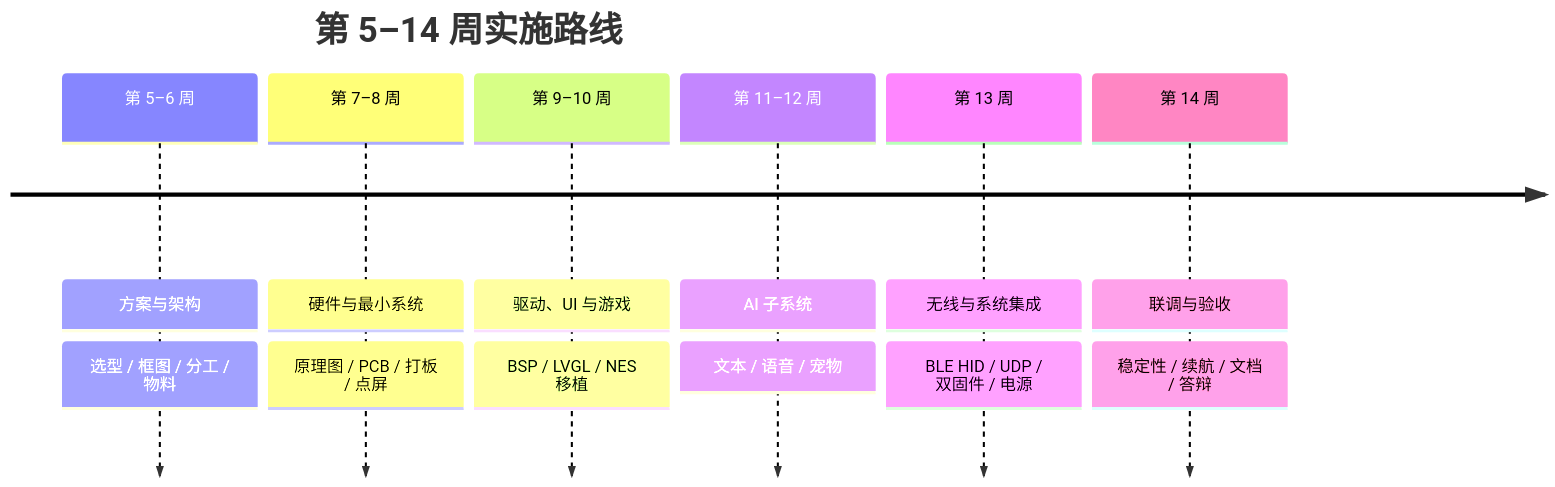
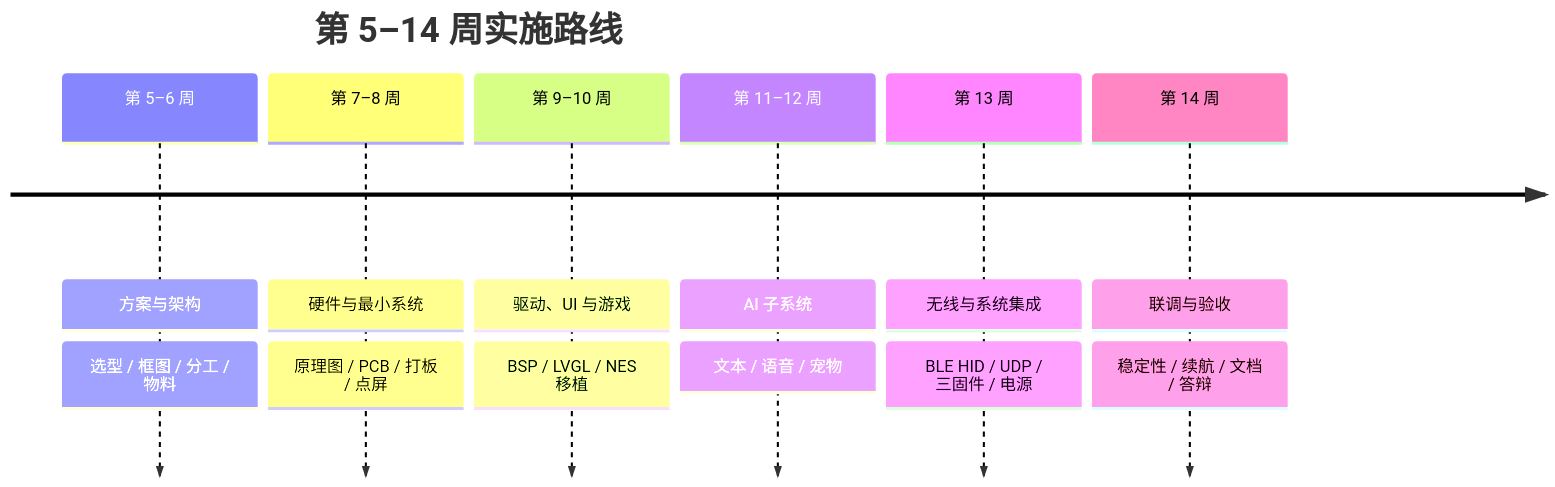
The diagram in docs/03-项目实现计划.md (WPxyz-moon/ESP32HandledConsole), drawn with Mermaid before and after one commit. The commit also changed other lines of this file and 25 other files, not shown here.

````diff
--- a/docs/03-项目实现计划.md
+++ b/docs/03-项目实现计划.md
@@ -39,10 +39,10 @@
 ```mermaid
 timeline
     title 第 5–14 周实施路线
     第 5–6 周 : 方案与架构 : 选型 / 框图 / 分工 / 物料
     第 7–8 周 : 硬件与最小系统 : 原理图 / PCB / 打板 / 点屏
     第 9–10 周 : 驱动、UI 与游戏 : BSP / LVGL / NES 移植
     第 11–12 周 : AI 子系统 : 文本 / 语音 / 宠物
-    第 13 周 : 无线与系统集成 : BLE HID / UDP / 双固件 / 电源
+    第 13 周 : 无线与系统集成 : BLE HID / UDP / 三固件 / 电源
     第 14 周 : 联调与验收 : 稳定性 / 续航 / 文档 / 答辩
 ```
````
